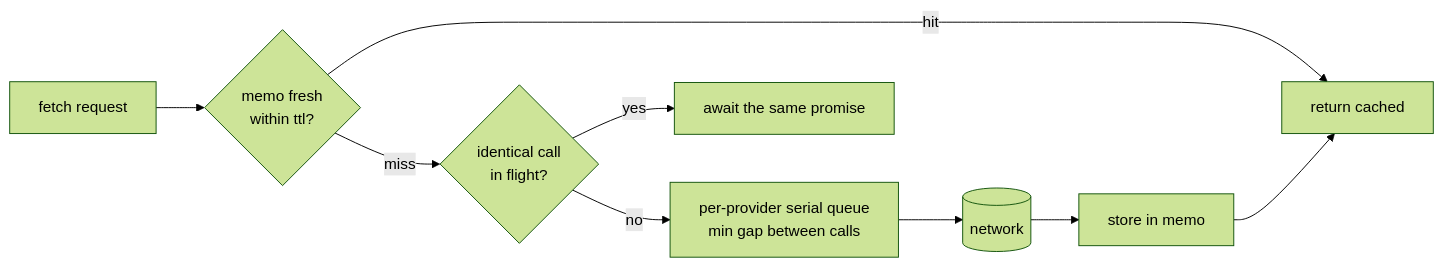
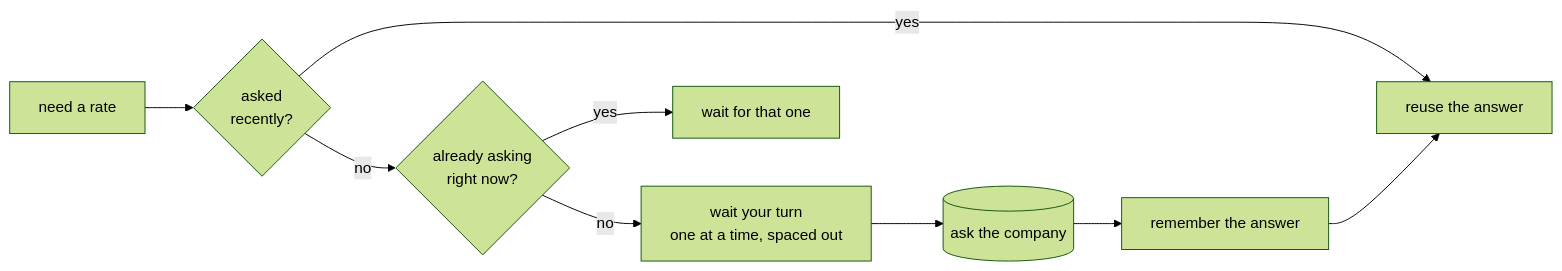
The third of 5 diagrams in README.md (Navong/rates-scrapper), drawn with Mermaid (forest theme) before and after one commit. The commit also changed other lines of this file, not shown here.

First line of the commit message:
docs: plain-language diagram labels in README

````diff
--- a/README.md
+++ b/README.md
@@ -87,10 +87,10 @@
 ```mermaid
 flowchart LR
-    CALL[fetch request] --> MEMO{memo fresh<br/>within ttl?}
-    MEMO -->|hit| RET[return cached]
-    MEMO -->|miss| INF{identical call<br/>in flight?}
-    INF -->|yes| JOIN[await the same promise]
-    INF -->|no| Q[per-provider serial queue<br/>min gap between calls]
-    Q --> NET[(network)]
-    NET --> STORE[store in memo] --> RET
+    CALL[need a rate] --> MEMO{asked<br/>recently?}
+    MEMO -->|yes| RET[reuse the answer]
+    MEMO -->|no| INF{already asking<br/>right now?}
+    INF -->|yes| JOIN[wait for that one]
+    INF -->|no| Q[wait your turn<br/>one at a time, spaced out]
+    Q --> NET[(ask the company)]
+    NET --> STORE[remember the answer] --> RET
 ```
````
